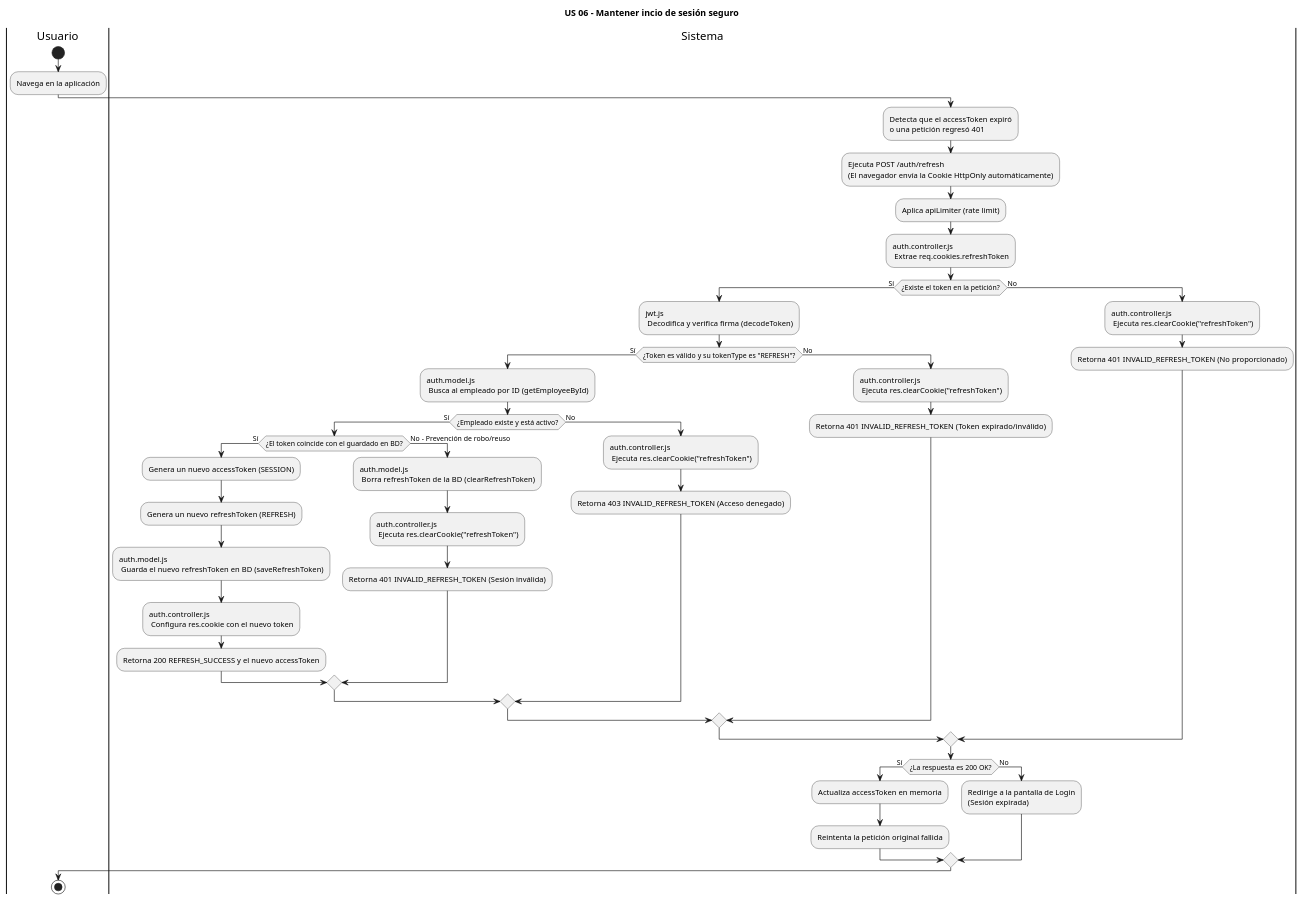
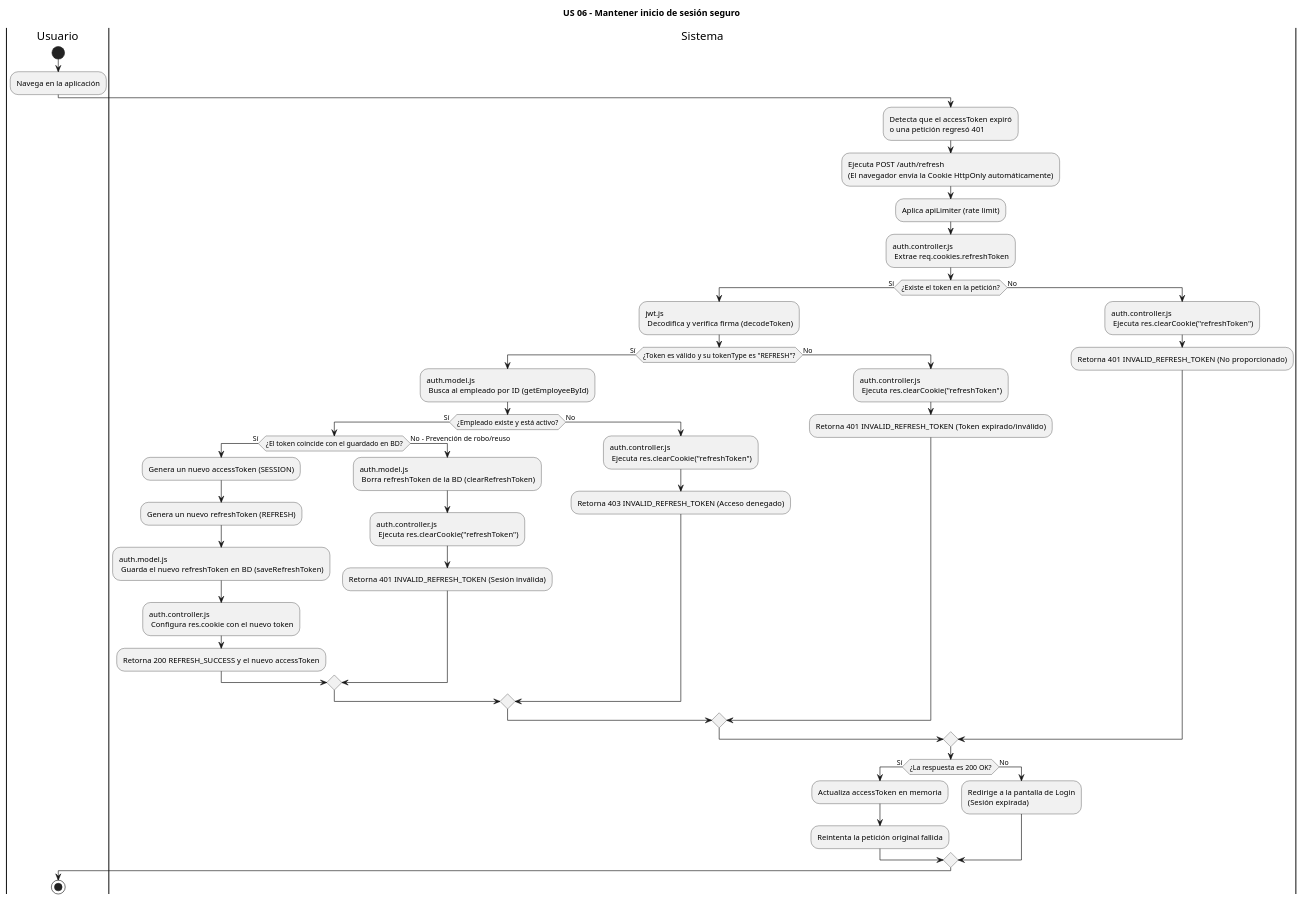
The diagram in diagrams/Activity diagram/US06.puml (AztlanConsulting/RCHQ-Back), drawn with PlantUML before and after one commit. The commit also changed 8 other files, not shown here.

```diff
--- a/diagrams/Activity diagram/US06.puml
+++ b/diagrams/Activity diagram/US06.puml
@@ -1,51 +1,51 @@
 @startuml
-title US 06 - Mantener incio de sesión seguro
+title US 06 - Mantener inicio de sesión seguro
 |Usuario|
 start
 :Navega en la aplicación;
 
 |Sistema|
 :Detecta que el accessToken expiró\no una petición regresó 401;
 :Ejecuta POST /auth/refresh\n(El navegador envía la Cookie HttpOnly automáticamente);
 :Aplica apiLimiter (rate limit);
 :auth.controller.js \n Extrae req.cookies.refreshToken;
 
 if (¿Existe el token en la petición?) then (Sí)
     :jwt.js \n Decodifica y verifica firma (decodeToken);
     if (¿Token es válido y su tokenType es "REFRESH"?) then (Sí)
         :auth.model.js \n Busca al empleado por ID (getEmployeeById);
         if (¿Empleado existe y está activo?) then (Sí)
             if (¿El token coincide con el guardado en BD?) then (Sí)
                 :Genera un nuevo accessToken (SESSION);
                 :Genera un nuevo refreshToken (REFRESH);
                 :auth.model.js \n Guarda el nuevo refreshToken en BD (saveRefreshToken);
                 :auth.controller.js \n Configura res.cookie con el nuevo token;
                 :Retorna 200 REFRESH_SUCCESS y el nuevo accessToken;
             else (No - Prevención de robo/reuso)
                 :auth.model.js \n Borra refreshToken de la BD (clearRefreshToken);
                 :auth.controller.js \n Ejecuta res.clearCookie("refreshToken");
                 :Retorna 401 INVALID_REFRESH_TOKEN (Sesión inválida);
             endif
         else (No)
             :auth.controller.js \n Ejecuta res.clearCookie("refreshToken");
             :Retorna 403 INVALID_REFRESH_TOKEN (Acceso denegado);
         endif
     else (No)
         :auth.controller.js \n Ejecuta res.clearCookie("refreshToken");
         :Retorna 401 INVALID_REFRESH_TOKEN (Token expirado/inválido);
     endif
 else (No)
     :auth.controller.js \n Ejecuta res.clearCookie("refreshToken");
     :Retorna 401 INVALID_REFRESH_TOKEN (No proporcionado);
 endif
 
 if (¿La respuesta es 200 OK?) then (Sí)
     :Actualiza accessToken en memoria;
     :Reintenta la petición original fallida;
 else (No)
     :Redirige a la pantalla de Login\n(Sesión expirada);
 endif
 
 |Usuario|
 stop
 @enduml
```
